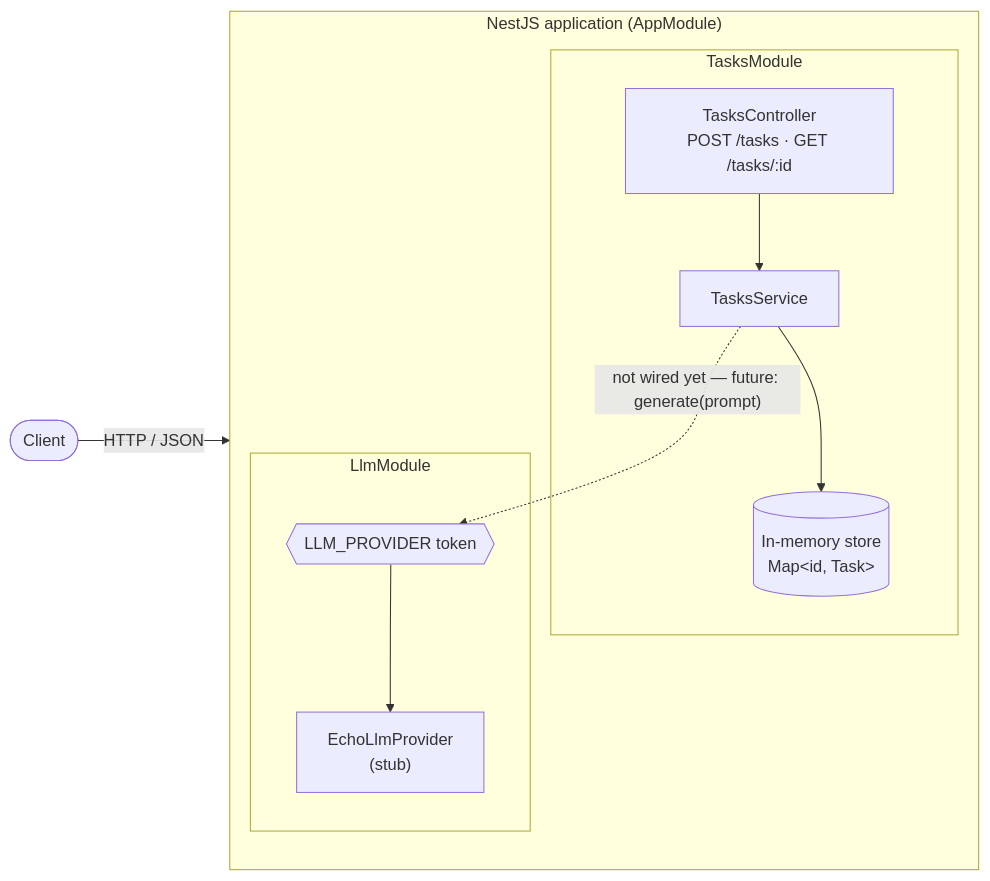
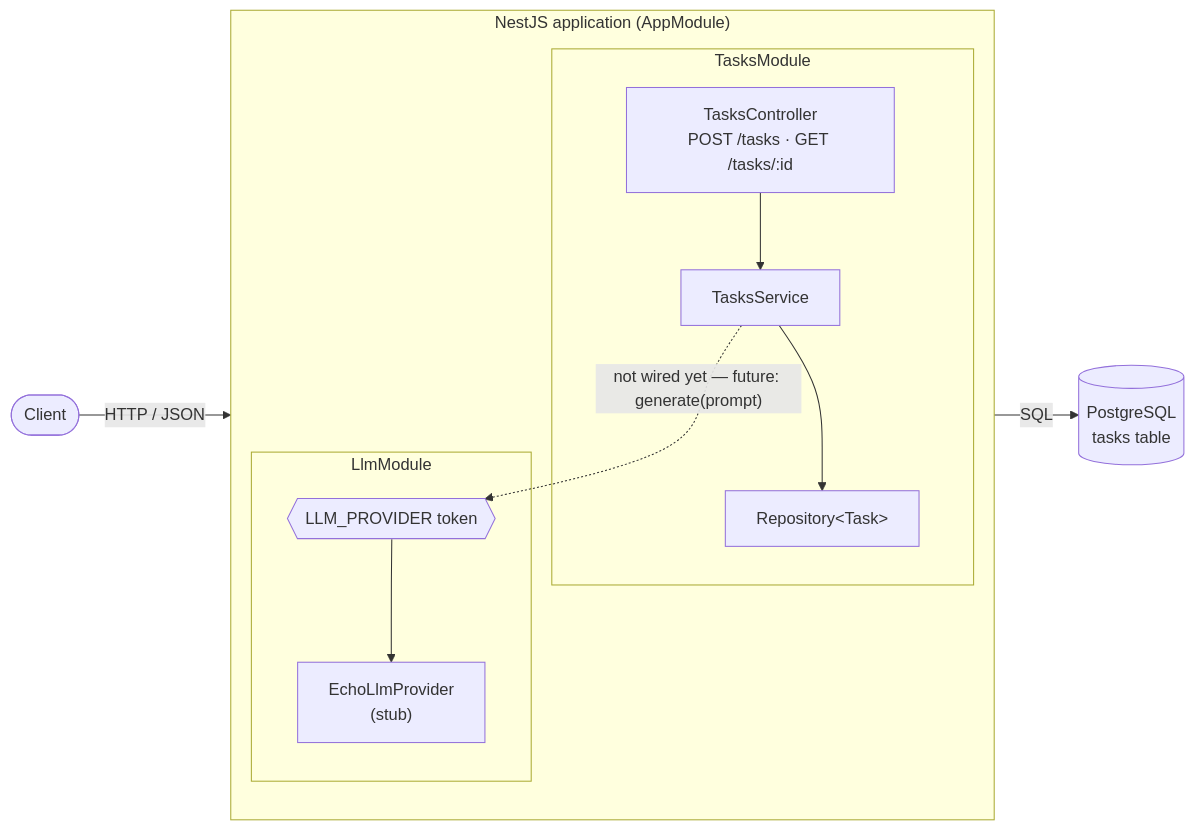
One commit to AnaMuraya/conveyor changed the first of 4 diagrams in docs/architecture.md. Above: the diagram before and after it, drawn with Mermaid. The commit also changed other lines of this file and 20 other files, not shown here.

First line of the commit message:
feat: persist tasks in PostgreSQL via TypeORM

````diff
--- a/docs/architecture.md
+++ b/docs/architecture.md
@@ -19,24 +20,27 @@
 ```mermaid
 flowchart LR
   Client([Client])
 
   subgraph App["NestJS application (AppModule)"]
     direction TB
 
     subgraph Tasks["TasksModule"]
       TC["TasksController<br/>POST /tasks · GET /tasks/:id"]
       TS["TasksService"]
-      Store[("In-memory store<br/>Map&lt;id, Task&gt;")]
-      TC --> TS --> Store
+      Repo["Repository&lt;Task&gt;"]
+      TC --> TS --> Repo
     end
 
     subgraph Llm["LlmModule"]
       Token{{"LLM_PROVIDER token"}}
       Echo["EchoLlmProvider<br/>(stub)"]
       Token --> Echo
     end
   end
 
+  DB[("PostgreSQL<br/>tasks table")]
+
   Client -->|HTTP / JSON| TC
+  Repo -->|SQL| DB
   TS -. "not wired yet — future: generate(prompt)" .-> Token
 ```
````
